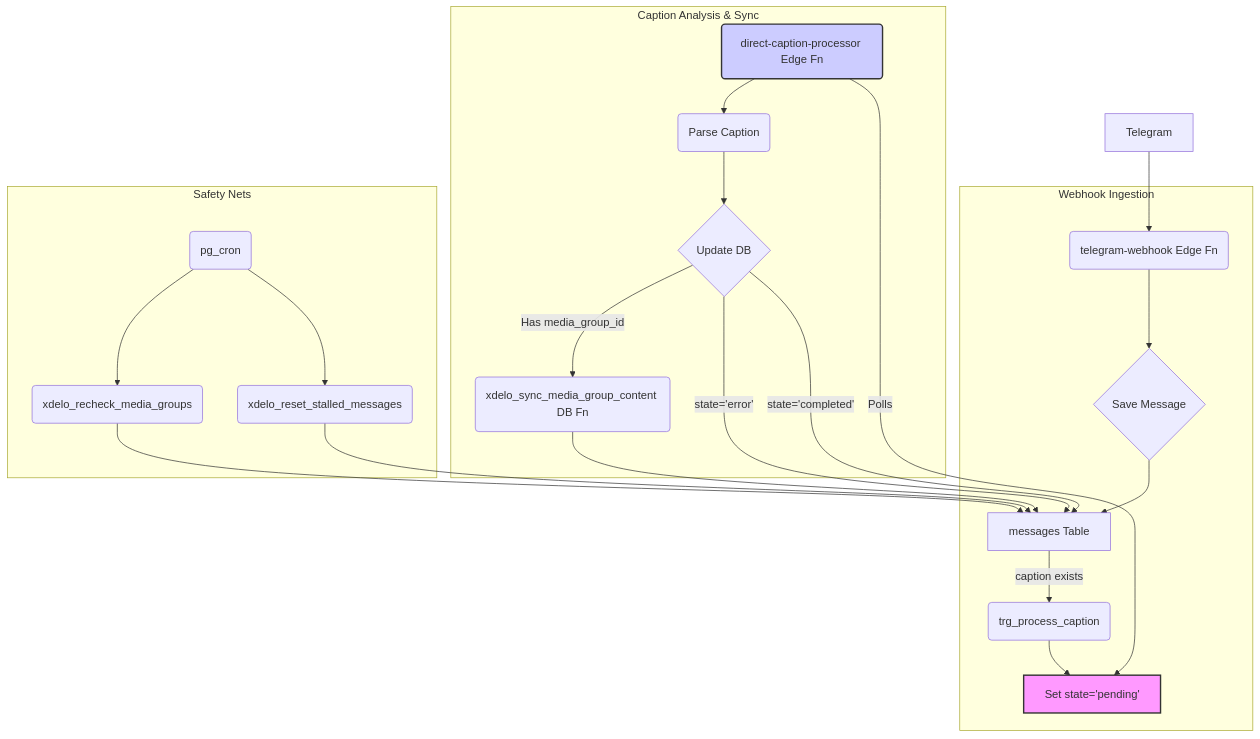
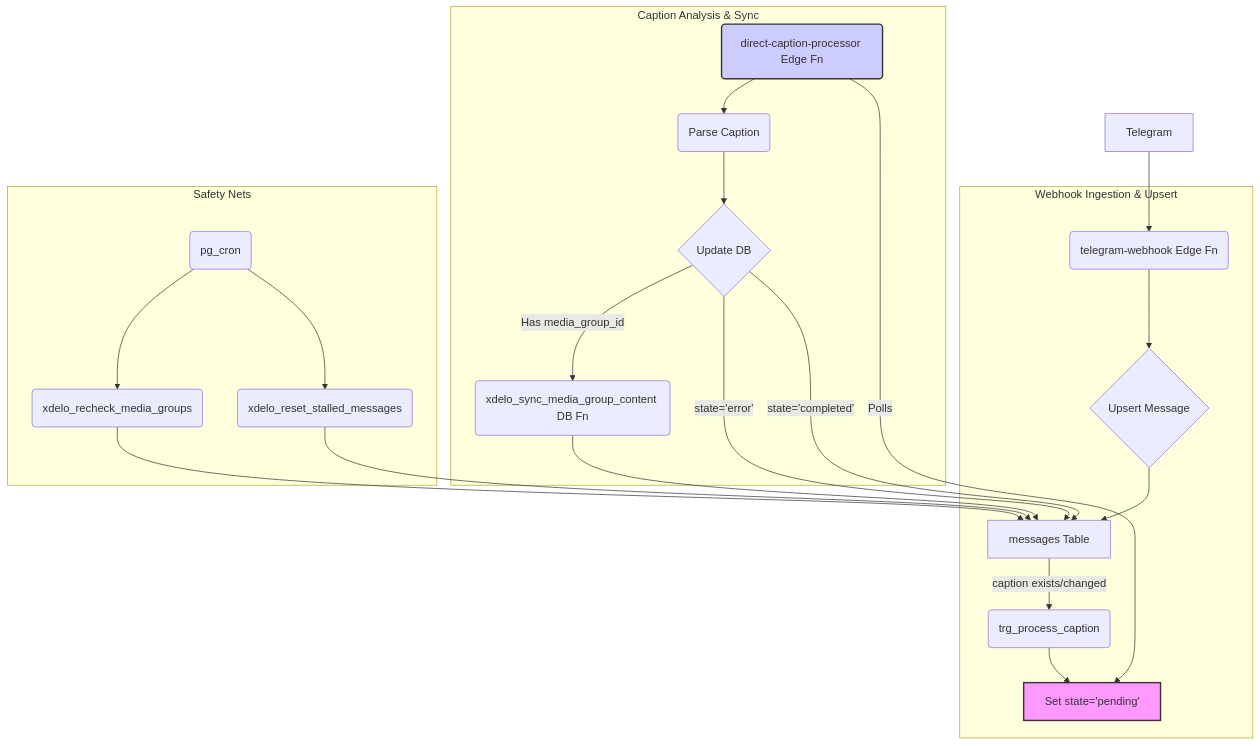
Before and after one commit to cmtkdot/xdelo-app: the third of 5 diagrams in README.md, drawn with Mermaid. The commit also changed other lines of this file and 6 other files, not shown here.

First line of the commit message:
Update README and documentation to reflect changes in message handling and upsert logic

````diff
--- a/README.md
+++ b/README.md
@@ -291,32 +292,32 @@
 ```mermaid
 graph TD
     A[Telegram] --> B(telegram-webhook Edge Fn);
-    B --> C{Save Message};
+    B --> C{Upsert Message};
     C --> D[messages Table];
-    D -- caption exists --> E(trg_process_caption);
+    D -- caption exists/changed --> E(trg_process_caption);
     E --> F[Set state='pending'];
     G(direct-caption-processor Edge Fn) -- Polls --> F;
     G --> H(Parse Caption);
     H --> I{Update DB};
     I -- state='completed' --> D;
     I -- state='error' --> D;
     I -- Has media_group_id --> J(xdelo_sync_media_group_content DB Fn);
     J --> D;
     K(pg_cron) --> L(xdelo_reset_stalled_messages);
     L --> D;
     K --> M(xdelo_recheck_media_groups);
     M --> D;
 
     subgraph "Caption Analysis & Sync"
         G; H; I; J;
     end
-    subgraph "Webhook Ingestion"
+    subgraph "Webhook Ingestion & Upsert"
         B; C; D; E; F;
     end
     subgraph "Safety Nets"
         K; L; M;
     end
 
     style F fill:#f9f,stroke:#333,stroke-width:2px;
     style G fill:#ccf,stroke:#333,stroke-width:2px;
 ```
````
